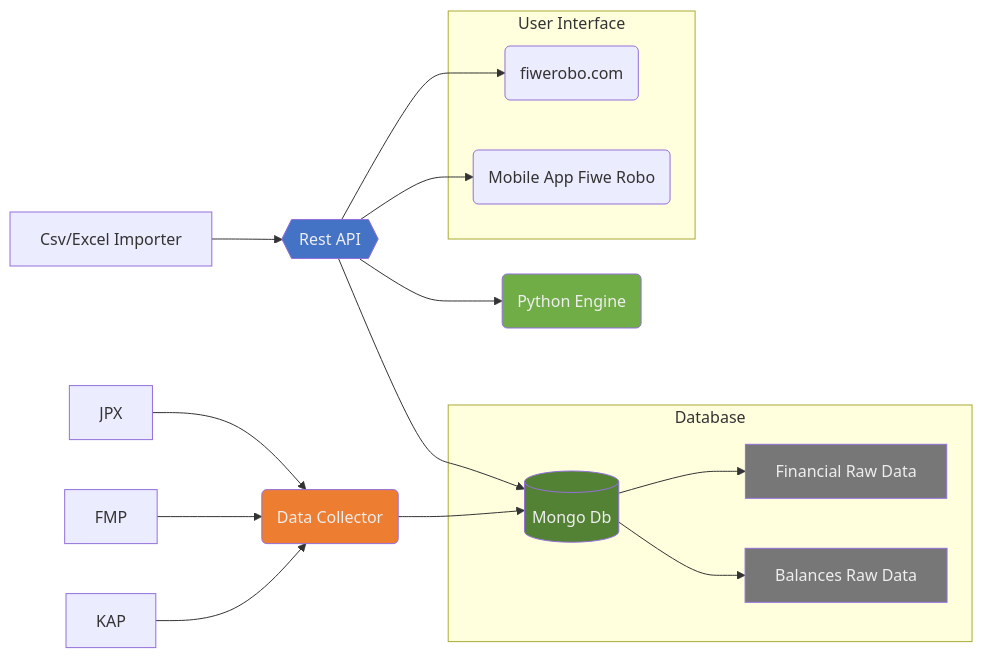
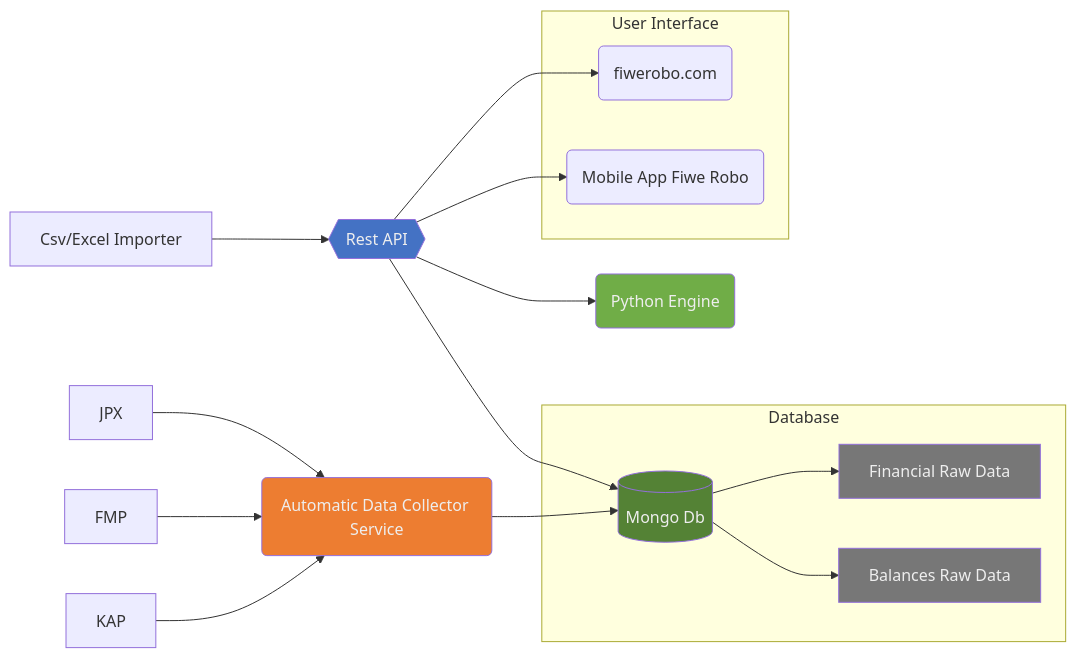
The diagram in README.md (thisisalitek/fiwe), drawn with Mermaid before and after one commit.

````diff
--- a/README.md
+++ b/README.md
@@ -10,40 +10,40 @@
 ```mermaid
 graph LR
-dc(Data Collector);style dc fill:#ed7d31,color:#eee;
+dc(Automatic Data Collector Service);style dc fill:#ed7d31,color:#eee;
 mdb[(Mongo Db)];style mdb fill:#548235,color:#eee;
 ww(fiwerobo.com)
 mob(Mobile App Fiwe Robo)
 ra{{Rest API}};style ra fill:#4472c4,color:#eee;
 pe(Python Engine);style pe fill:#70ad47,color:#eee;
 frd[Financial Raw Data]
 bld[Balances Raw Data]
 xls[Csv/Excel Importer]
 
 KAP --> dc
 FMP -->dc
 JPX -->dc
 xls -->ra
 dc --> mdb
 
 ra -->mdb
 ra -->pe
 mdb-->frd
 mdb-->bld
 subgraph Database
 mdb
 frd
 bld
 end
 
 ra -->ww
 ra-->mob
 subgraph UI [User Interface]
 ww
 mob
 end
 
 classDef dbCollections fill:#777,color:#eee;
 class frd,bld dbCollections;
 %% classDef ppS fill:#5b9bd5,color:#eee;
 %% class KAP,kraken,xchange,liverates ppS;
 ```
````
